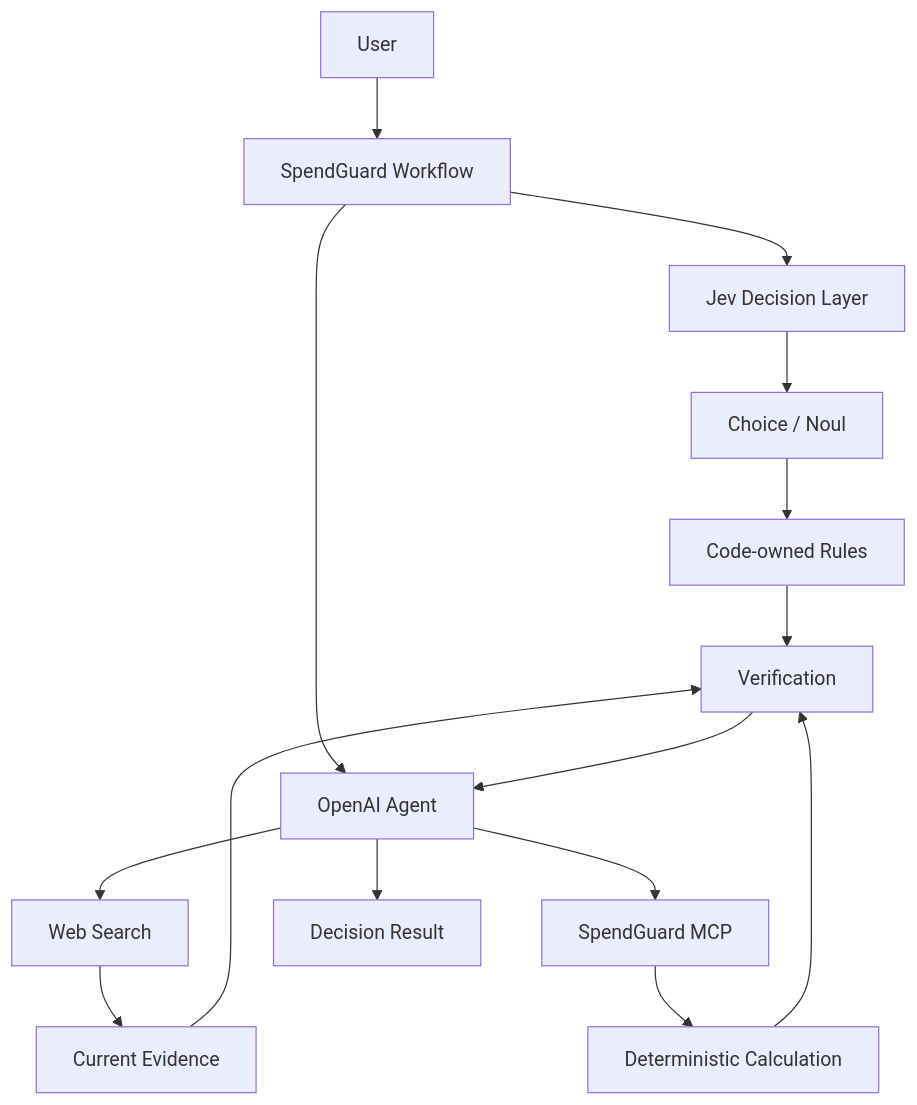
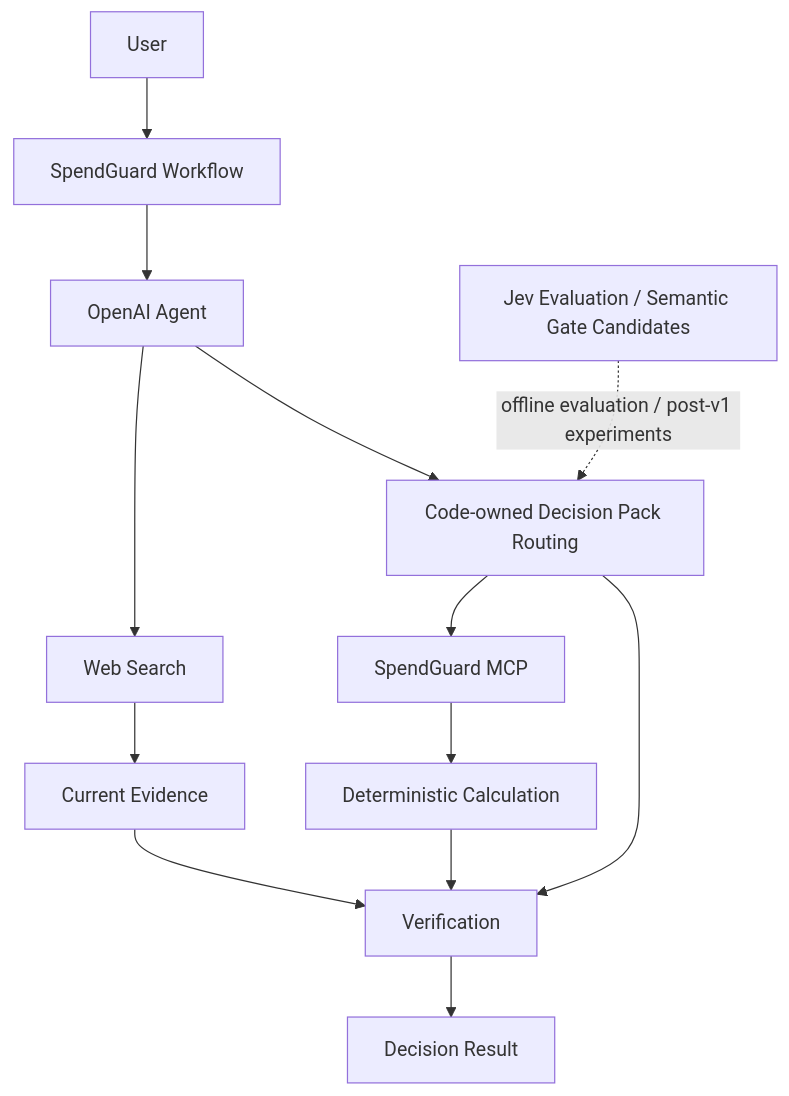
The diagram in .project/plan.md (seoheejung/spendguard-agent), drawn with Mermaid before and after one commit. The commit also changed other lines of this file and 9 other files, not shown here.

````diff
--- a/.project/plan.md
+++ b/.project/plan.md
@@ -42,23 +86,17 @@
 ```mermaid
 flowchart TD
-    User["User"] --> Workflow["SpendGuard Workflow"]
+    User["User"] --> Workflow["SpendGuard Workflow"]
+    Workflow --> Agent["OpenAI Agent"]
+    Agent --> Search["Web Search"]
+    Agent --> Routing["Code-owned Decision Pack Routing"]
+    Routing --> MCP["SpendGuard MCP"]
+    MCP --> Calc["Deterministic Calculation"]
+    Search --> Evidence["Current Evidence"]
+    Calc --> Verify["Verification"]
+    Evidence --> Verify
+    Routing --> Verify
+    Verify --> Result["Decision Result"]
+    Jev["Jev Evaluation / Semantic Gate Candidates"]
+        -. offline evaluation / post-v1 experiments .-> Routing
 
-    Workflow --> Jev["Jev Decision Layer"]
-    Workflow --> Agent["OpenAI Agent"]
-
-    Jev --> Choice["Choice / Noul"]
-    Choice --> Rules["Code-owned Rules"]
-
-    Agent --> Search["Web Search"]
-    Agent --> MCP["SpendGuard MCP"]
-
-    MCP --> Calc["Deterministic Calculation"]
-    Search --> Evidence["Current Evidence"]
-
-    Rules --> Verify["Verification"]
-    Calc --> Verify
-    Evidence --> Verify
-
-    Verify --> Agent
-    Agent --> Result["Decision Result"]
 ```
````
